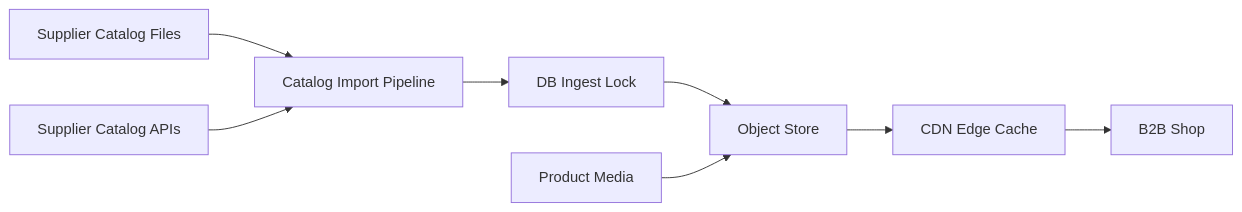
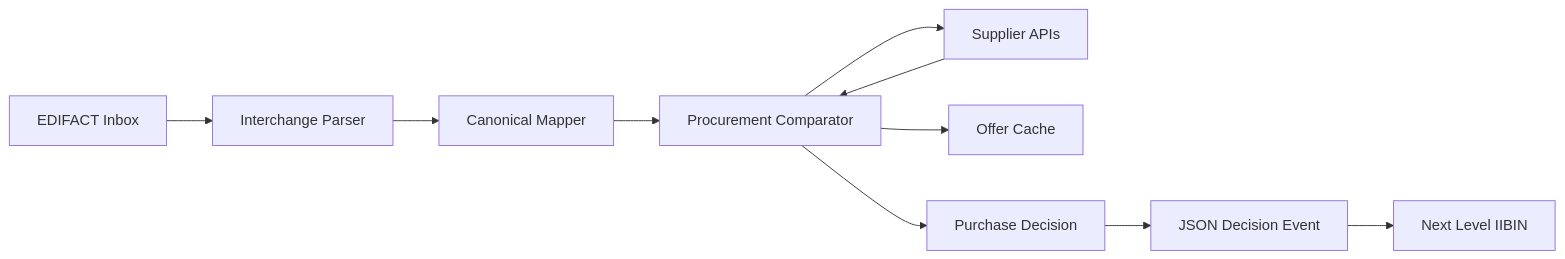
The seventh of 12 diagrams in docs/e-invoicing-commerce-platform.md (Intelligent-Intern/king), drawn with Mermaid before and after one commit. The commit also changed other lines of this file and 67 other files, not shown here.

````diff
--- a/docs/e-invoicing-commerce-platform.md
+++ b/docs/e-invoicing-commerce-platform.md
@@ -255,19 +348,17 @@
 ```mermaid
 flowchart LR
-    SupplierFiles[Supplier Catalog Files]
-    SupplierAPI[Supplier Catalog APIs]
-    Import[Catalog Import Pipeline]
-    Lock[DB Ingest Lock]
-    Store[Object Store]
-    Media[Product Media]
-    CDN[CDN Edge Cache]
-    Shop[B2B Shop]
+    EDI[EDIFACT Inbox]
+    Parser[Interchange Parser]
+    Mapper[Canonical Mapper]
+    Procurement[Procurement Comparator]
+    Suppliers[Supplier APIs]
+    Offers[Offer Cache]
+    Decision[Purchase Decision]
+    Json[JSON Decision Event]
+    Iibin[Next Level IIBIN]
 
-    SupplierFiles --> Import
-    SupplierAPI --> Import
-    Import --> Lock
-    Lock --> Store
-    Media --> Store
-    Store --> CDN
-    CDN --> Shop
+    EDI --> Parser --> Mapper --> Procurement
+    Procurement --> Suppliers --> Procurement
+    Procurement --> Offers
+    Procurement --> Decision --> Json --> Iibin
 ```
````
